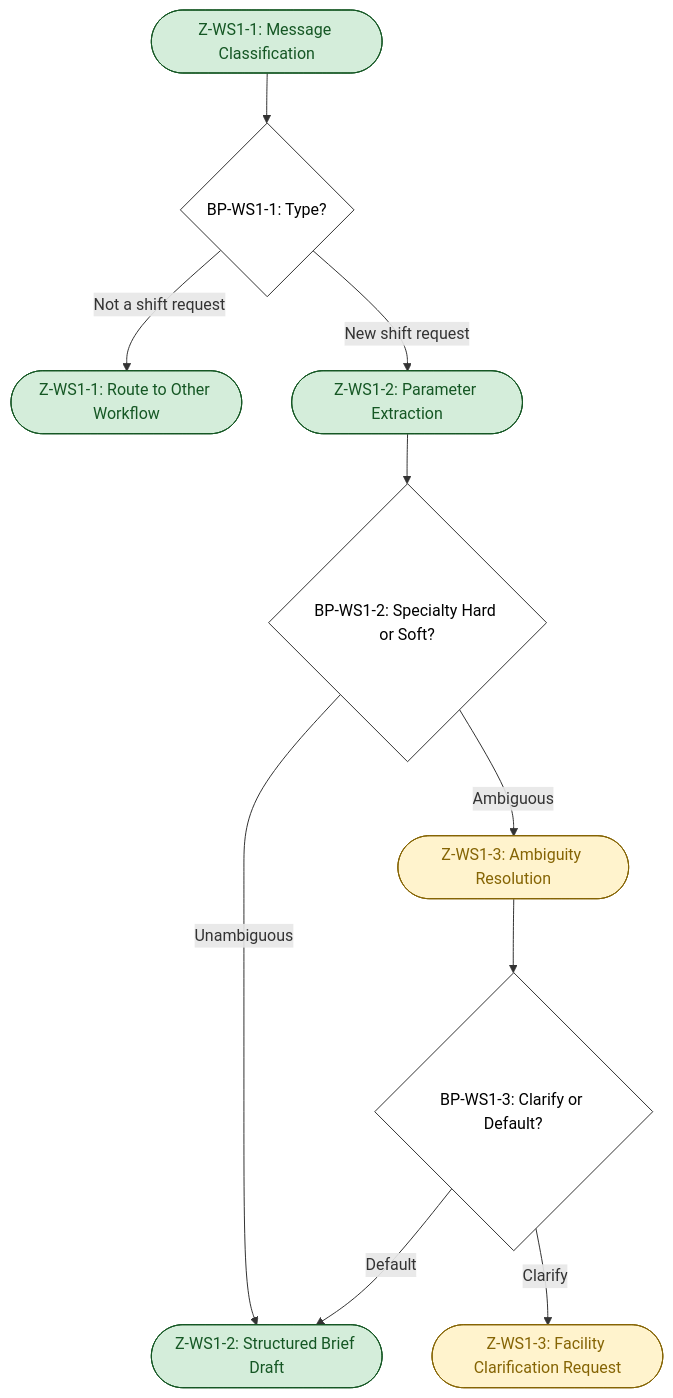
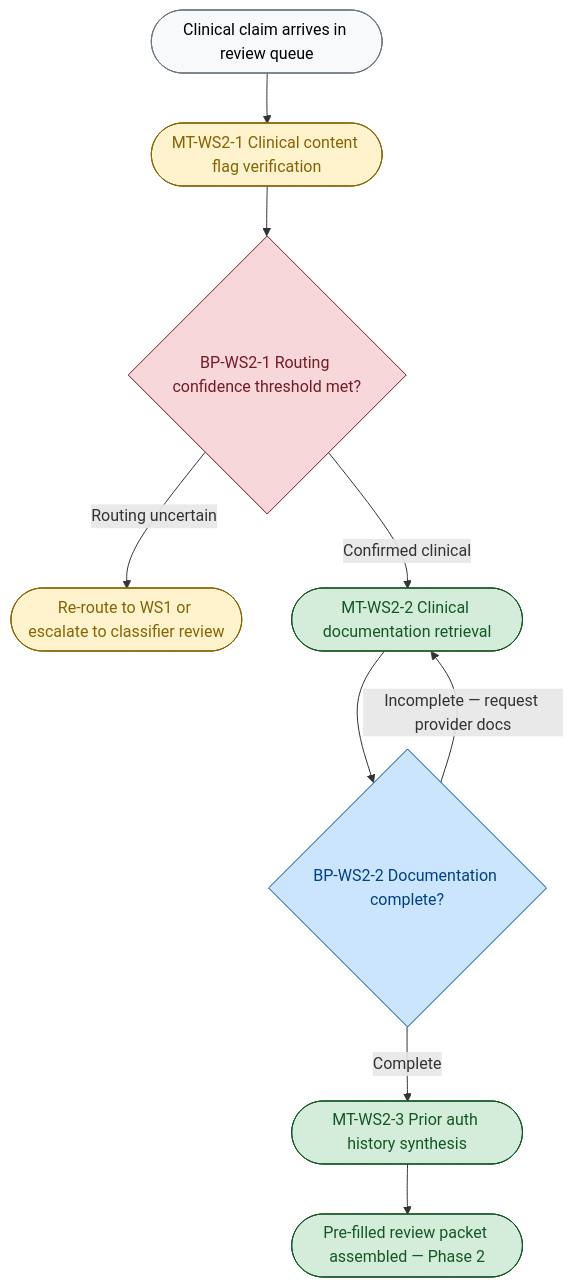
The third of 4 diagrams in Week4/Deliverables/D2A_cognitive_load_map.md (Benoit-Charrier/FDE-Program), drawn with Mermaid before and after one commit. The commit also changed other lines of this file and 18 other files, not shown here.

````diff
--- a/Week4/Deliverables/D2A_cognitive_load_map.md
+++ b/Week4/Deliverables/D2A_cognitive_load_map.md
@@ -255,22 +304,29 @@
 ```mermaid
 flowchart TD
-    A([Z-WS1-1: Message Classification]) --> BP1{BP-WS1-1: Type?}
-    BP1 -- Not a shift request --> B([Z-WS1-1: Route to Other Workflow])
-    BP1 -- New shift request --> C([Z-WS1-2: Parameter Extraction])
-    C --> BP2{BP-WS1-2: Specialty Hard or Soft?}
-    BP2 -- Unambiguous --> D([Z-WS1-2: Structured Brief Draft])
-    BP2 -- Ambiguous --> E([Z-WS1-3: Ambiguity Resolution])
-    E --> BP3{BP-WS1-3: Clarify or Default?}
-    BP3 -- Clarify --> F([Z-WS1-3: Facility Clarification Request])
-    BP3 -- Default --> D
+    W2A_IN([Clinical claim arrives in review queue])
+    W2A_VFY([MT-WS2-1 Clinical content flag verification])
+    W2A_BP1{BP-WS2-1 Routing confidence threshold met?}
+    W2A_RTN([Re-route to WS1 or escalate to classifier review])
+    W2A_DOC([MT-WS2-2 Clinical documentation retrieval])
+    W2A_BP2{BP-WS2-2 Documentation complete?}
+    W2A_PAH([MT-WS2-3 Prior auth history synthesis])
+    W2A_PKT([Pre-filled review packet assembled — Phase 2])
 
-    style A fill:#d4edda,color:#155724,stroke:#155724
-    style B fill:#d4edda,color:#155724,stroke:#155724
-    style C fill:#d4edda,color:#155724,stroke:#155724
-    style D fill:#d4edda,color:#155724,stroke:#155724
-    style E fill:#fff3cd,color:#856404,stroke:#856404
-    style F fill:#fff3cd,color:#856404,stroke:#856404
-    style BP1 fill:#ffffff,color:#000000,stroke:#333333
-    style BP2 fill:#ffffff,color:#000000,stroke:#333333
-    style BP3 fill:#ffffff,color:#000000,stroke:#333333
+    W2A_IN --> W2A_VFY
+    W2A_VFY --> W2A_BP1
+    W2A_BP1 -->|Confirmed clinical| W2A_DOC
+    W2A_BP1 -->|Routing uncertain| W2A_RTN
+    W2A_DOC --> W2A_BP2
+    W2A_BP2 -->|Complete| W2A_PAH
+    W2A_BP2 -->|Incomplete — request provider docs| W2A_DOC
+    W2A_PAH --> W2A_PKT
+
+    style W2A_IN fill:#f8f9fa,color:#000000,stroke:#6c757d
+    style W2A_VFY fill:#fff3cd,color:#856404,stroke:#856404
+    style W2A_RTN fill:#fff3cd,color:#856404,stroke:#856404
+    style W2A_DOC fill:#d4edda,color:#155724,stroke:#155724
+    style W2A_PAH fill:#d4edda,color:#155724,stroke:#155724
+    style W2A_PKT fill:#d4edda,color:#155724,stroke:#155724
+    style W2A_BP1 fill:#f8d7da,color:#721c24,stroke:#721c24
+    style W2A_BP2 fill:#cce5ff,color:#004085,stroke:#004085
 ```
````
